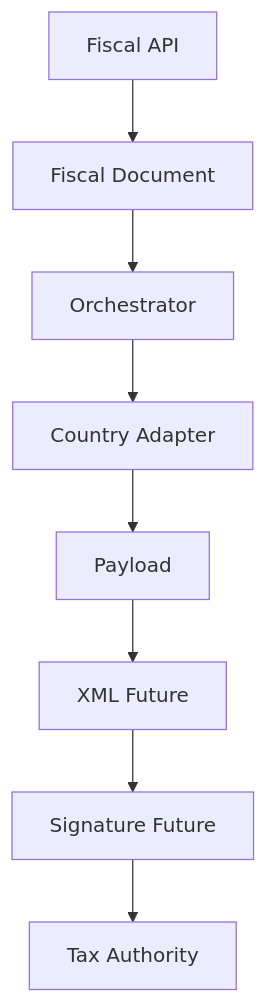
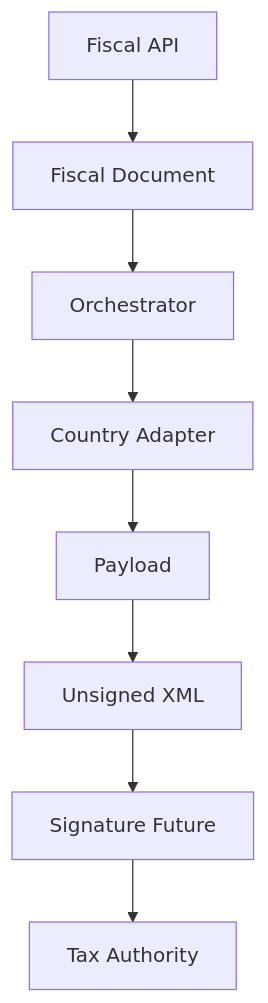
The diagram in docs/diagrams/architecture.mmd (betopindu/odoo-restaurant-suite), drawn with Mermaid before and after one commit. The commit also changed 9 other files, not shown here.

Commit message:
Implement Paraguay unsigned XML draft builder

```diff
--- a/docs/diagrams/architecture.mmd
+++ b/docs/diagrams/architecture.mmd
@@ -1,16 +1,16 @@
 flowchart TD
 
 A[Fiscal API]
 --> B[Fiscal Document]
 
 B --> C[Orchestrator]
 
 C --> D[Country Adapter]
 
 D --> E[Payload]
 
-E --> F[XML Future]
+E --> F[Unsigned XML]
 
 F --> G[Signature Future]
 
 G --> H[Tax Authority]
```
